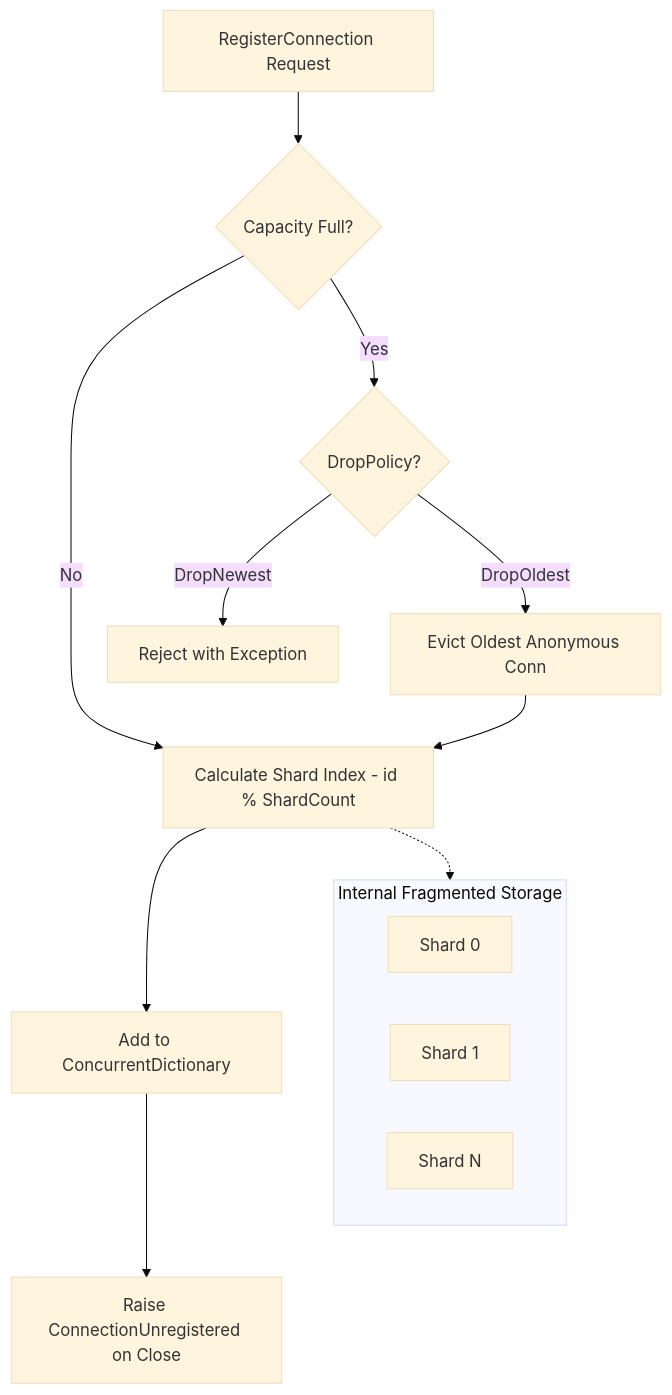
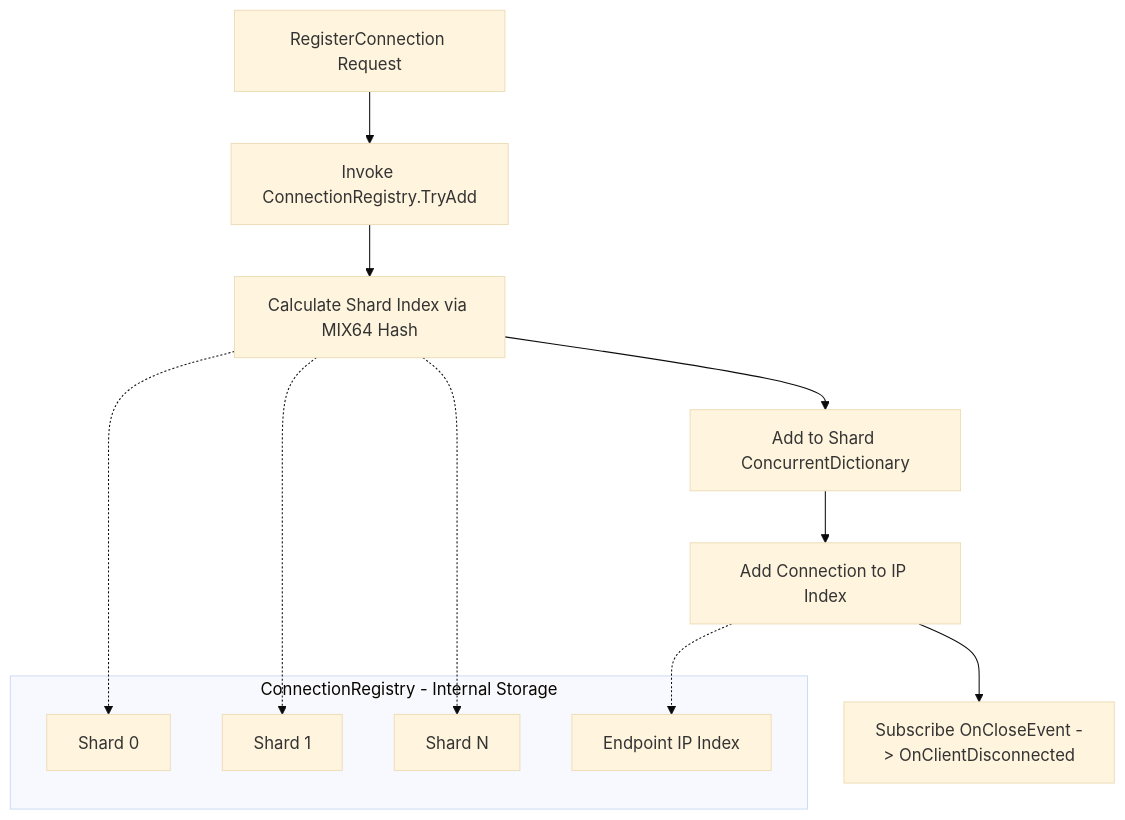
The diagram in docs/api/network/connection/connection-hub.md (ppn-systems/Nalix), drawn with Mermaid (base theme) before and after one commit. The commit also changed other lines of this file and 59 other files, not shown here.

````diff
--- a/docs/api/network/connection/connection-hub.md
+++ b/docs/api/network/connection/connection-hub.md
@@ -23,22 +23,20 @@
 ```mermaid
 flowchart TD
-    Req[RegisterConnection Request] --> Capacity{Capacity Full?}
-    
-    Capacity -->|No| Sharding[Calculate Shard Index - id % ShardCount]
-    Capacity -->|Yes| Policy{DropPolicy?}
-    
-    Policy -->|DropNewest| Reject[Reject with Exception]
-    Policy -->|DropOldest| Evict[Evict Oldest Anonymous Conn]
-    
-    Evict --> Sharding
-    Sharding --> Add[Add to ConcurrentDictionary]
-    Add --> Event[Raise ConnectionUnregistered on Close]
+    Req[RegisterConnection Request] --> Reg[Invoke ConnectionRegistry.TryAdd]
+    Reg --> ShardIdx[Calculate Shard Index via MIX64 Hash]
+    ShardIdx --> AddShard[Add to Shard ConcurrentDictionary]
+    AddShard --> TrackEP[Add Connection to IP Index]
+    TrackEP --> Event[Subscribe OnCloseEvent -> OnClientDisconnected]
 
-    subgraph Shards[Internal Fragmented Storage]
+    subgraph Registry[ConnectionRegistry - Internal Storage]
         Shard0[Shard 0]
         Shard1[Shard 1]
         ShardN[Shard N]
+        EPIndex[Endpoint IP Index]
     end
 
-    Sharding -.-> Shards
+    ShardIdx -.-> Shard0
+    ShardIdx -.-> Shard1
+    ShardIdx -.-> ShardN
+    TrackEP -.-> EPIndex
 ```
````
